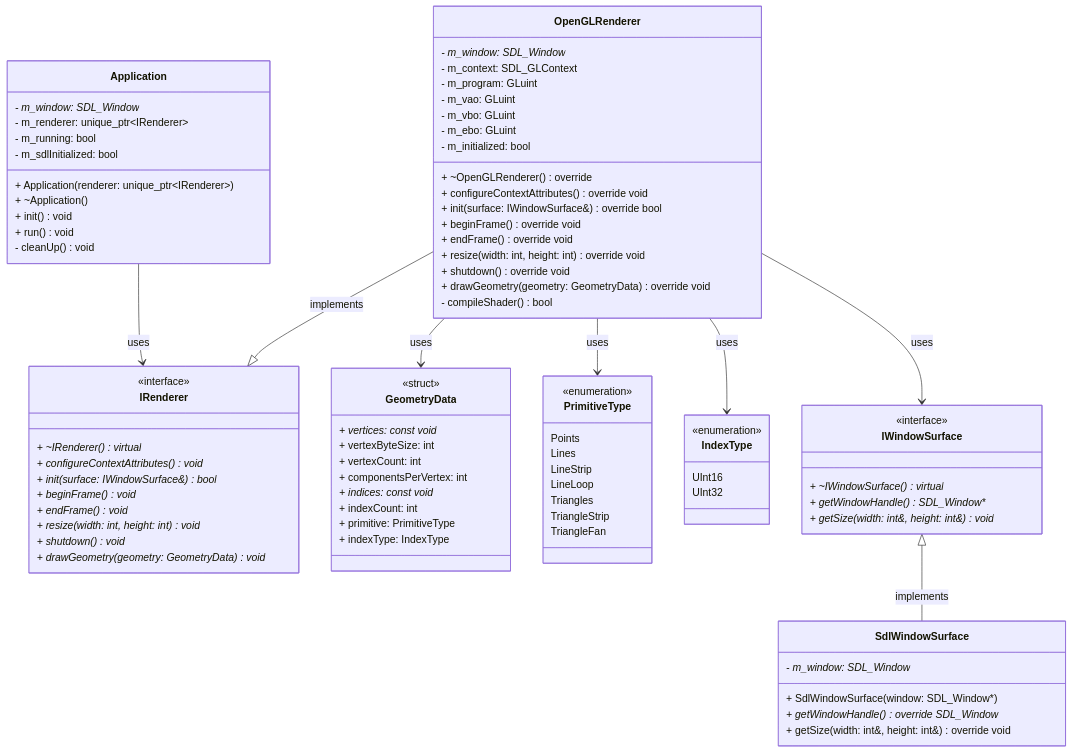
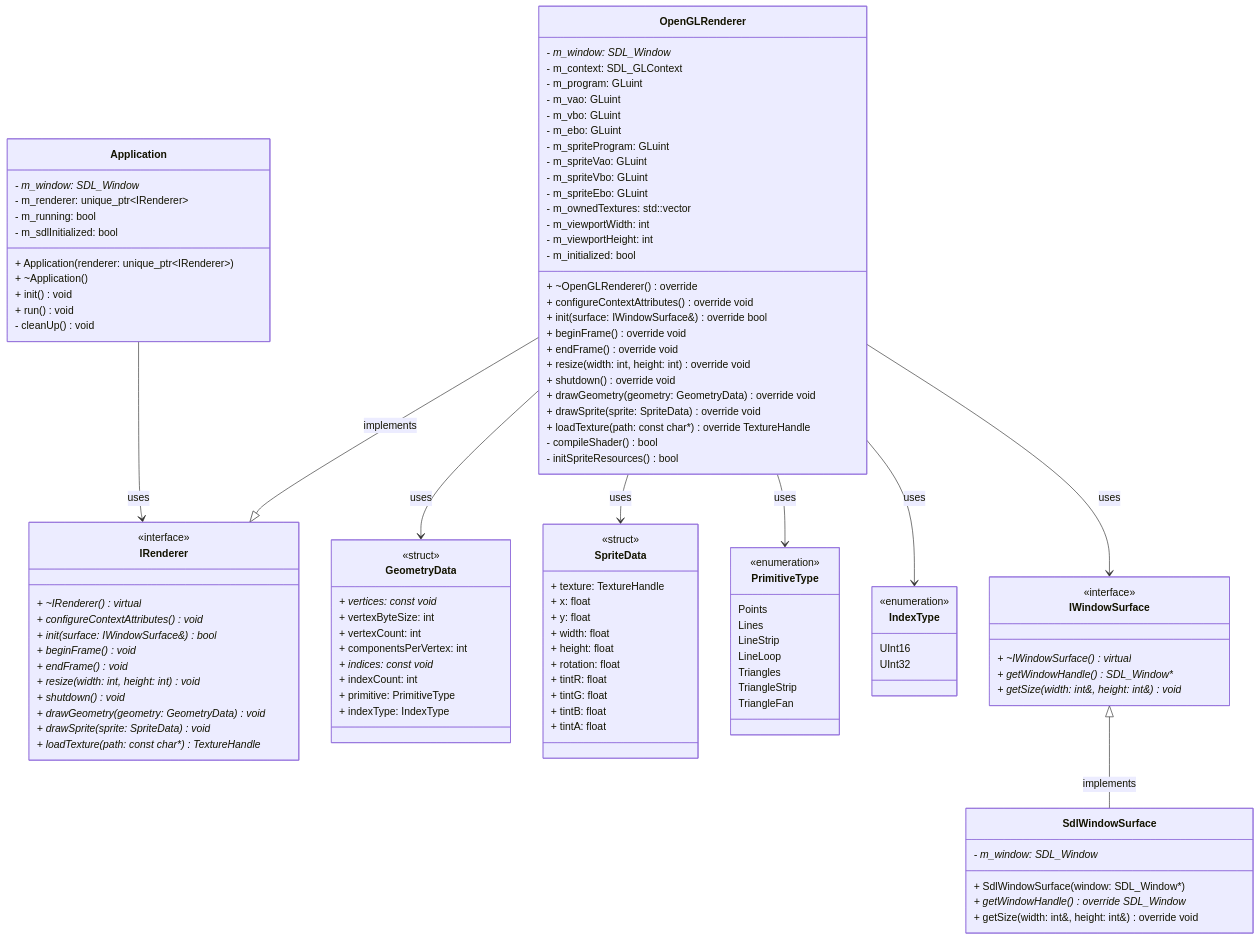
Before and after one commit to Herazael/2D-Engine-Backend: the diagram in README.md, drawn with Mermaid. The commit also changed other lines of this file and 6 other files, not shown here.

````diff
--- a/README.md
+++ b/README.md
@@ -131,6 +132,8 @@
         + resize(width: int, height: int)* void
         + shutdown()* void
         + drawGeometry(geometry: GeometryData)* void
+        + drawSprite(sprite: SpriteData)* void
+        + loadTexture(path: const char*)* TextureHandle
     }
 
     class OpenGLRenderer {
@@ -140,6 +143,13 @@
         - m_vao: GLuint
         - m_vbo: GLuint
         - m_ebo: GLuint
+        - m_spriteProgram: GLuint
+        - m_spriteVao: GLuint
+        - m_spriteVbo: GLuint
+        - m_spriteEbo: GLuint
+        - m_ownedTextures: std::vector<GLuint>
+        - m_viewportWidth: int
+        - m_viewportHeight: int
         - m_initialized: bool
         + ~OpenGLRenderer() override
         + configureContextAttributes() override void
@@ -149,7 +159,10 @@
         + resize(width: int, height: int) override void
         + shutdown() override void
         + drawGeometry(geometry: GeometryData) override void
+        + drawSprite(sprite: SpriteData) override void
+        + loadTexture(path: const char*) override TextureHandle
         - compileShader() bool
+        - initSpriteResources() bool
     }
 
     class GeometryData {
@@ -162,6 +175,20 @@
         + indexCount: int
         + primitive: PrimitiveType
         + indexType: IndexType
+    }
+
+    class SpriteData {
+        <<struct>>
+        + texture: TextureHandle
+        + x: float
+        + y: float
+        + width: float
+        + height: float
+        + rotation: float
+        + tintR: float
+        + tintG: float
+        + tintB: float
+        + tintA: float
     }
 
     class PrimitiveType {
@@ -200,6 +227,7 @@
     IWindowSurface <|-- SdlWindowSurface : implements
     OpenGLRenderer --> IWindowSurface : uses
     OpenGLRenderer --> GeometryData : uses
+    OpenGLRenderer --> SpriteData : uses
     OpenGLRenderer --> PrimitiveType : uses
     OpenGLRenderer --> IndexType : uses
 ```
````
